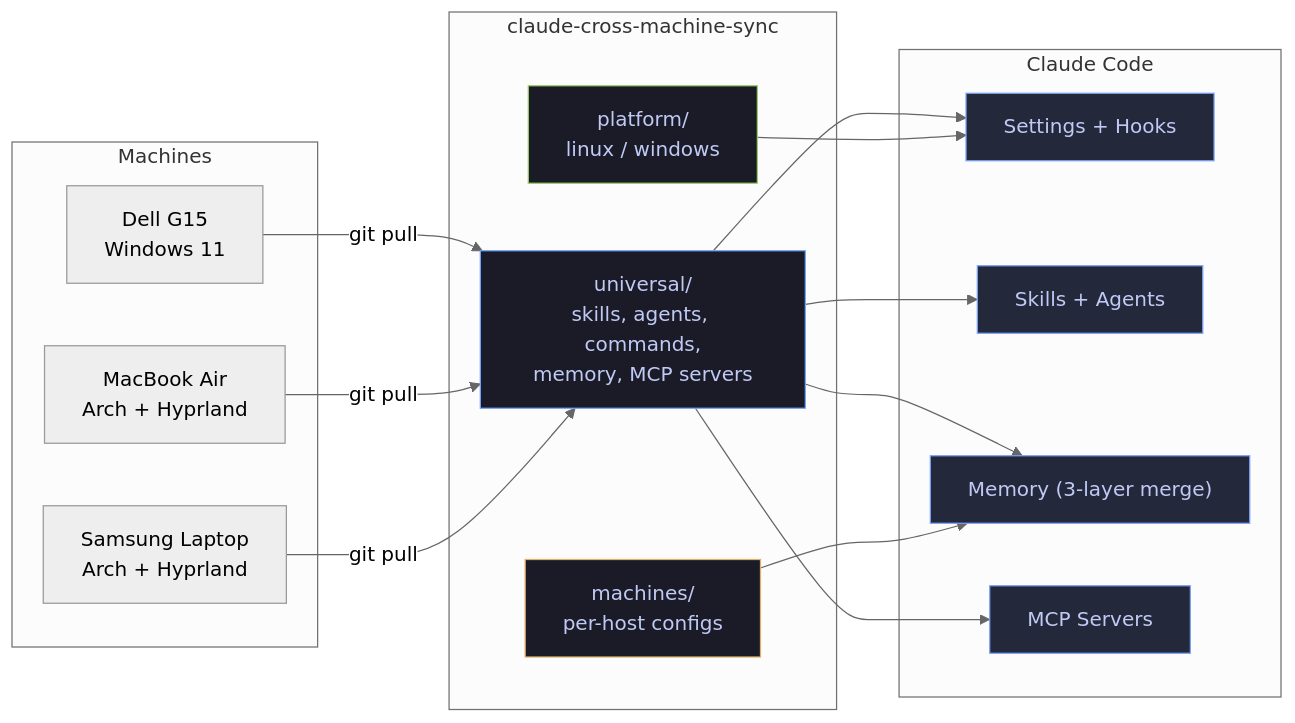
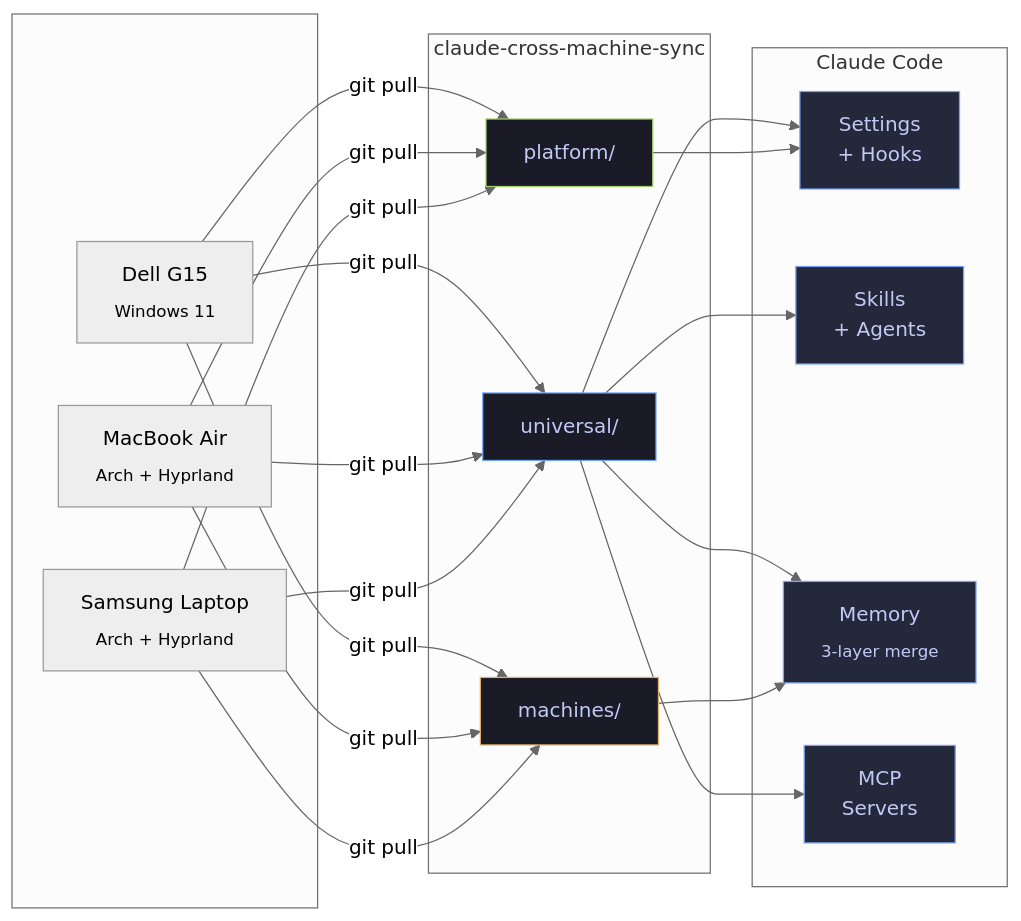
The diagram in README.md (robertogogoni/claude-cross-machine-sync), drawn with Mermaid (neutral theme) before and after one commit. The commit also changed other lines of this file, not shown here.

First line of the commit message:
[universal] Redesign README with Charm-inspired aesthetic

````diff
--- a/README.md
+++ b/README.md
@@ -31,39 +22,34 @@
 ```mermaid
 graph LR
-    subgraph Machines
-        D["Dell G15<br/>Windows 11"]
-        M["MacBook Air<br/>Arch + Hyprland"]
-        S["Samsung Laptop<br/>Arch + Hyprland"]
+    subgraph machines [" "]
+        D["Dell G15<br/><sub>Windows 11</sub>"]
+        M["MacBook Air<br/><sub>Arch + Hyprland</sub>"]
+        S["Samsung Laptop<br/><sub>Arch + Hyprland</sub>"]
     end
 
-    subgraph "claude-cross-machine-sync"
-        U["universal/<br/>skills, agents, commands,<br/>memory, MCP servers"]
-        P["platform/<br/>linux / windows"]
-        MR["machines/<br/>per-host configs"]
+    subgraph repo ["claude-cross-machine-sync"]
+        U["universal/"]
+        P["platform/"]
+        MR["machines/"]
     end
 
-    subgraph "Claude Code"
-        CC["Settings + Hooks"]
-        SK["Skills + Agents"]
-        ME["Memory (3-layer merge)"]
-        MC["MCP Servers"]
+    subgraph claude ["Claude Code"]
+        CC["Settings<br/>+ Hooks"]
+        SK["Skills<br/>+ Agents"]
+        ME["Memory<br/><sub>3-layer merge</sub>"]
+        MC["MCP<br/>Servers"]
     end
 
-    D -- git pull --> U
-    M -- git pull --> U
-    S -- git pull --> U
-    U --> CC
-    U --> SK
-    U --> ME
-    U --> MC
+    D & M & S -- "git pull" --> U & P & MR
+    U --> CC & SK & ME & MC
     P --> CC
     MR --> ME
 
     style U fill:#1a1b27,stroke:#70a5fd,color:#c0caf5
     style P fill:#1a1b27,stroke:#9ece6a,color:#c0caf5
     style MR fill:#1a1b27,stroke:#e0af68,color:#c0caf5
     style CC fill:#24283b,stroke:#7aa2f7,color:#c0caf5
     style SK fill:#24283b,stroke:#7aa2f7,color:#c0caf5
     style ME fill:#24283b,stroke:#7aa2f7,color:#c0caf5
     style MC fill:#24283b,stroke:#7aa2f7,color:#c0caf5
 ```
````
